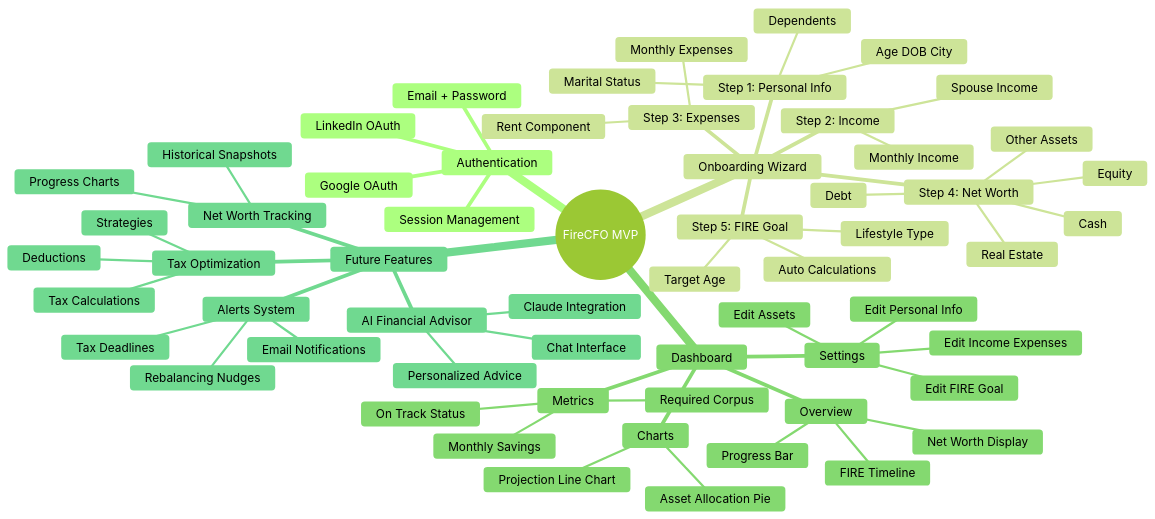
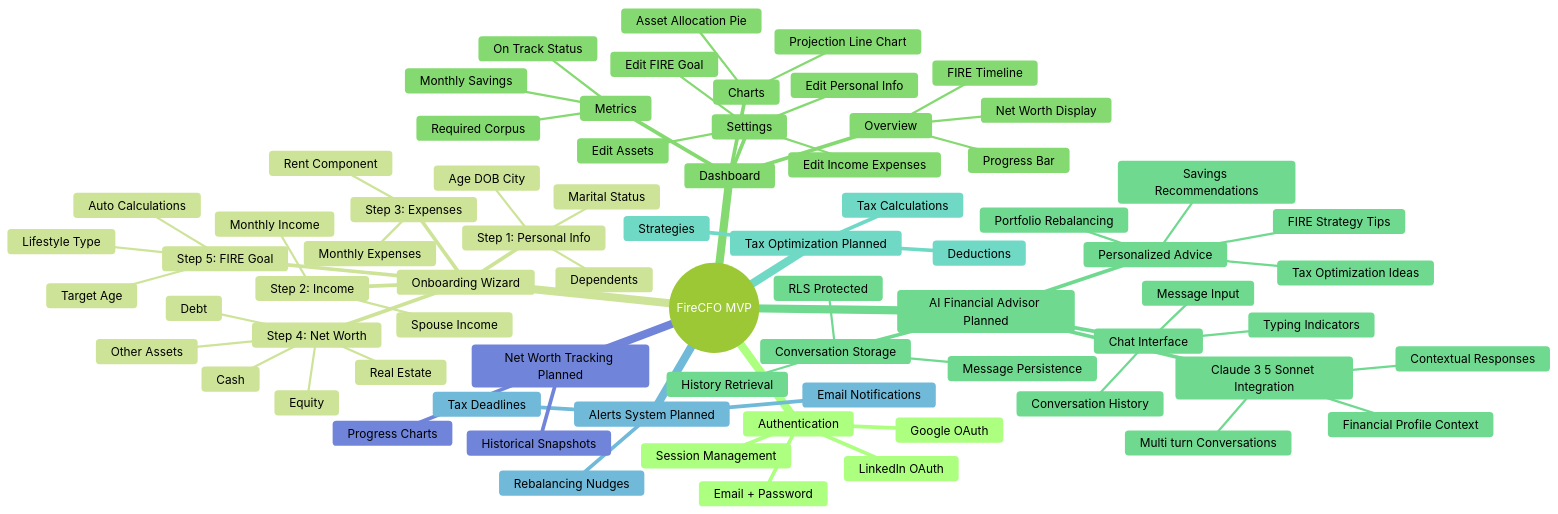
The ninth of 11 diagrams in docs/system-architecture-diagram.md (sjtinkerer-stack/firecfo-mvp), drawn with Mermaid (forest theme) before and after one commit. The commit also changed other lines of this file, not shown here.

First line of the commit message:
Update architecture diagram to include AI Chat feature (v2.0)

````diff
--- a/docs/system-architecture-diagram.md
+++ b/docs/system-architecture-diagram.md
@@ -443,63 +526,76 @@
 ```mermaid
 mindmap
   root((FireCFO MVP))
     Authentication
       Email + Password
       Google OAuth
       LinkedIn OAuth
       Session Management
     Onboarding Wizard
       Step 1: Personal Info
         Age DOB City
         Marital Status
         Dependents
       Step 2: Income
         Monthly Income
         Spouse Income
       Step 3: Expenses
         Monthly Expenses
         Rent Component
       Step 4: Net Worth
         Equity
         Debt
         Cash
         Real Estate
         Other Assets
       Step 5: FIRE Goal
         Target Age
         Lifestyle Type
         Auto Calculations
     Dashboard
       Overview
         Progress Bar
         FIRE Timeline
         Net Worth Display
       Metrics
         Required Corpus
         Monthly Savings
         On Track Status
       Charts
         Asset Allocation Pie
         Projection Line Chart
       Settings
         Edit Personal Info
         Edit Income Expenses
         Edit Assets
         Edit FIRE Goal
-    Future Features
-      AI Financial Advisor
-        Claude Integration
-        Chat Interface
-        Personalized Advice
-      Tax Optimization
-        Tax Calculations
-        Deductions
-        Strategies
-      Alerts System
-        Email Notifications
-        Tax Deadlines
-        Rebalancing Nudges
-      Net Worth Tracking
-        Historical Snapshots
-        Progress Charts
+    AI Financial Advisor Planned
+      Chat Interface
+        Message Input
+        Conversation History
+        Typing Indicators
+      Claude 3 5 Sonnet Integration
+        Contextual Responses
+        Financial Profile Context
+        Multi turn Conversations
+      Personalized Advice
+        FIRE Strategy Tips
+        Portfolio Rebalancing
+        Tax Optimization Ideas
+        Savings Recommendations
+      Conversation Storage
+        Message Persistence
+        History Retrieval
+        RLS Protected
+    Tax Optimization Planned
+      Tax Calculations
+      Deductions
+      Strategies
+    Alerts System Planned
+      Email Notifications
+      Tax Deadlines
+      Rebalancing Nudges
+    Net Worth Tracking Planned
+      Historical Snapshots
+      Progress Charts
 ```
````
